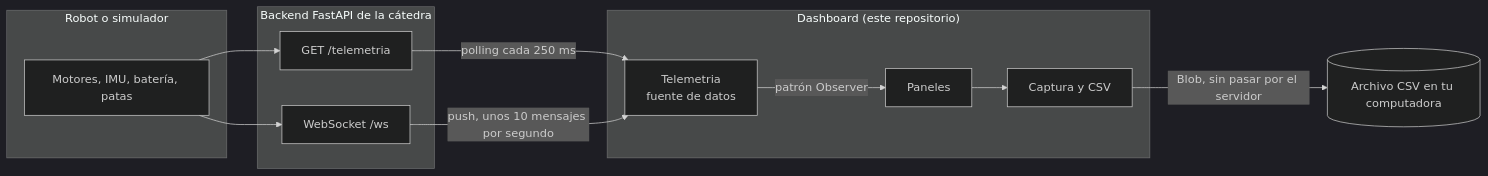
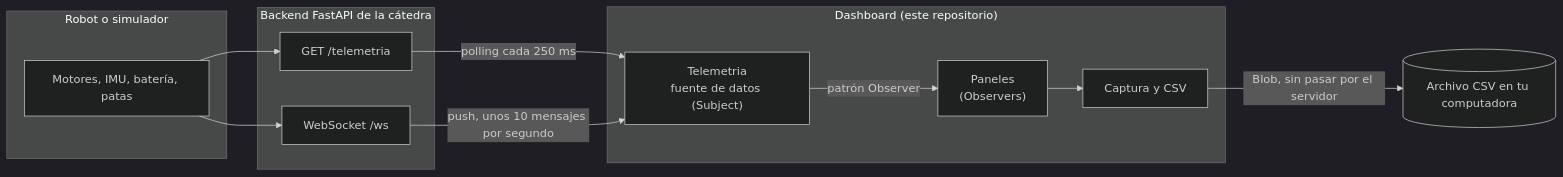
One commit to feliforte14/TP-Telemetria changed the first of 3 diagrams in README.md. Above: the diagram before and after it, drawn with Mermaid (dark theme). The commit also changed other lines of this file and 13 other files, not shown here.

````diff
--- a/README.md
+++ b/README.md
@@ -56,22 +58,22 @@
 ```mermaid
 flowchart LR
     subgraph Robot["Robot o simulador"]
         S["Motores, IMU, batería, patas"]
     end
     subgraph Backend["Backend FastAPI de la cátedra"]
         A["GET /telemetria"]
         W["WebSocket /ws"]
     end
     subgraph Navegador["Dashboard (este repositorio)"]
-        T["Telemetria<br/>fuente de datos"]
-        P["Paneles"]
+        T["Telemetria<br/>fuente de datos (Subject)"]
+        P["Paneles<br/>(Observers)"]
         C["Captura y CSV"]
     end
     S --> A
     S --> W
     A -->|"polling cada 250 ms"| T
     W -->|"push, unos 10 mensajes por segundo"| T
     T -->|"patrón Observer"| P
     P --> C
     C -->|"Blob, sin pasar por el servidor"| F[("Archivo CSV en tu computadora")]
 ```
````
